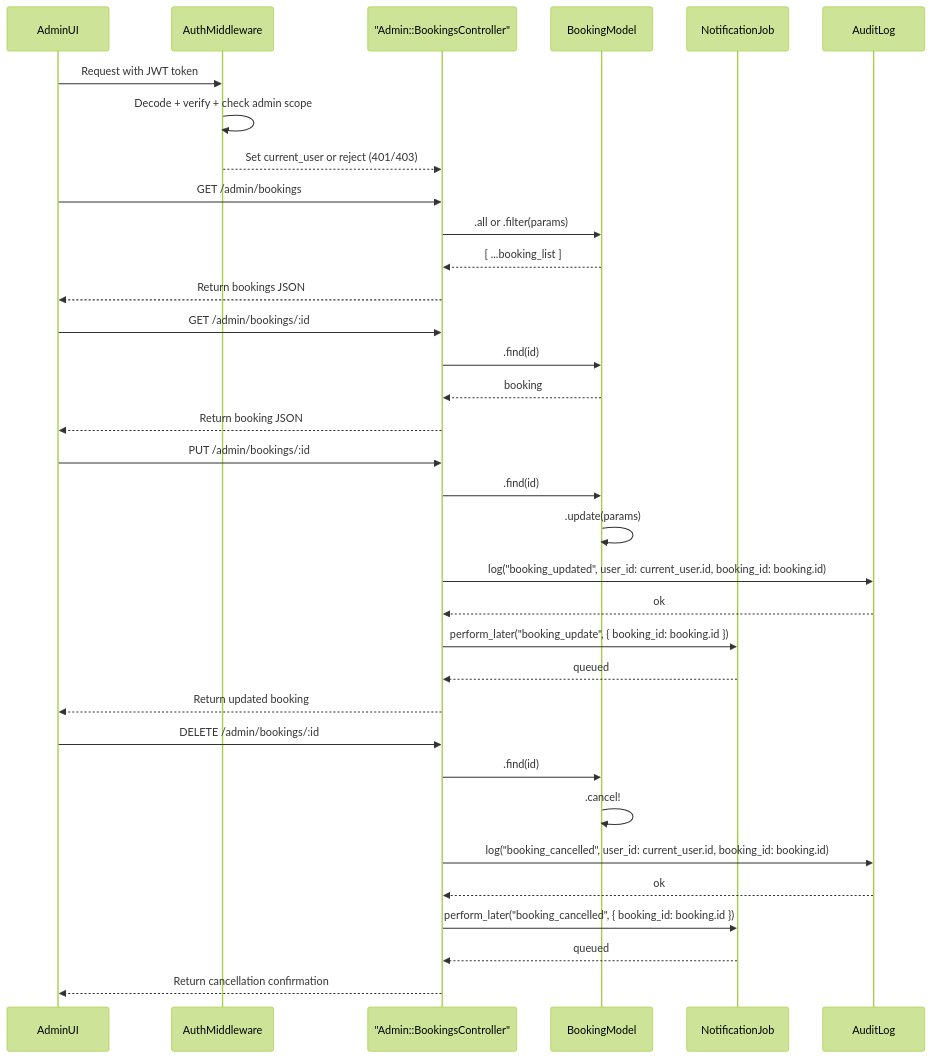
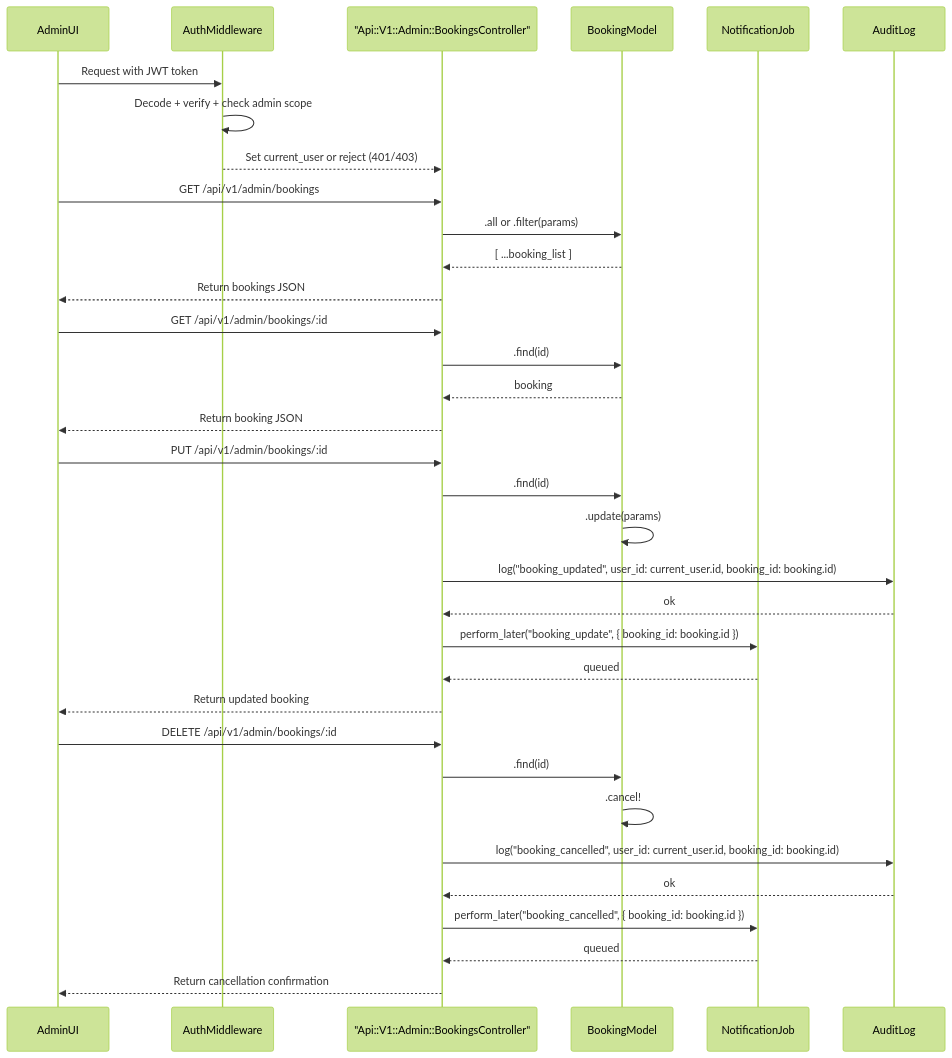
Before and after one commit to Video-API-architecture/architecture-proposal: the diagram in diagrams/admins/booking.mermaid, drawn with Mermaid (forest theme). The commit also changed 26 other files, not shown here.

Commit message:
add missing namespaces in diagrams

```diff
--- a/diagrams/admins/booking.mermaid
+++ b/diagrams/admins/booking.mermaid
@@ -1,44 +1,44 @@
 sequenceDiagram
     participant AdminUI
     participant Auth as AuthMiddleware
-    participant ABC as "Admin::BookingsController"
+    participant ABC as "Api::V1::Admin::BookingsController"
     participant Booking as BookingModel
     participant NotificationJob
     participant AuditLog
 
     %% Auth check (admin only)
     AdminUI->>Auth: Request with JWT token
     Auth->>Auth: Decode + verify + check admin scope
     Auth-->>ABC: Set current_user or reject (401/403)
 
     %% List all bookings
-    AdminUI->>ABC: GET /admin/bookings
+    AdminUI->>ABC: GET /api/v1/admin/bookings
     ABC->>Booking: .all or .filter(params)
     Booking-->>ABC: [ ...booking_list ]
     ABC-->>AdminUI: Return bookings JSON
 
     %% Get booking details
-    AdminUI->>ABC: GET /admin/bookings/:id
+    AdminUI->>ABC: GET /api/v1/admin/bookings/:id
     ABC->>Booking: .find(id)
     Booking-->>ABC: booking
     ABC-->>AdminUI: Return booking JSON
 
     %% Update booking
-    AdminUI->>ABC: PUT /admin/bookings/:id
+    AdminUI->>ABC: PUT /api/v1/admin/bookings/:id
     ABC->>Booking: .find(id)
     Booking->>Booking: .update(params)
     ABC->>AuditLog: log("booking_updated", user_id: current_user.id, booking_id: booking.id)
     AuditLog-->>ABC: ok
     ABC->>NotificationJob: perform_later("booking_update", { booking_id: booking.id })
     NotificationJob-->>ABC: queued
     ABC-->>AdminUI: Return updated booking
 
     %% Cancel booking
-    AdminUI->>ABC: DELETE /admin/bookings/:id
+    AdminUI->>ABC: DELETE /api/v1/admin/bookings/:id
     ABC->>Booking: .find(id)
     Booking->>Booking: .cancel!
     ABC->>AuditLog: log("booking_cancelled", user_id: current_user.id, booking_id: booking.id)
     AuditLog-->>ABC: ok
     ABC->>NotificationJob: perform_later("booking_cancelled", { booking_id: booking.id })
     NotificationJob-->>ABC: queued
     ABC-->>AdminUI: Return cancellation confirmation
```
